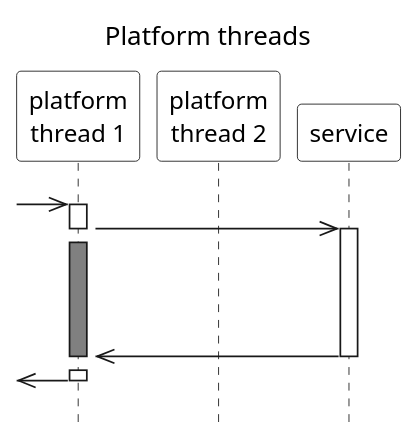
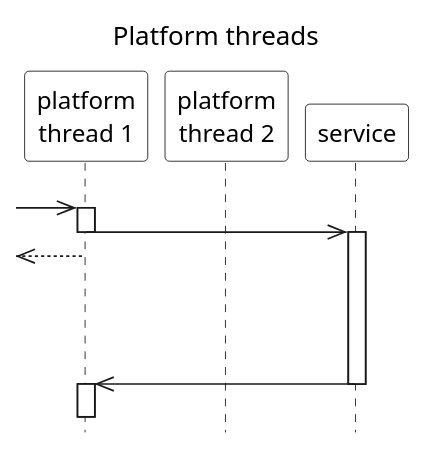
The diagram in images/platform_threads.puml (ti-cortex-m4/demo-java-virtual-threads2), drawn with PlantUML before and after one commit. The commit also changed 1 other file, not shown here.

```diff
--- a/images/platform_threads.puml
+++ b/images/platform_threads.puml
@@ -1,59 +1,59 @@
 @startuml
 
-!pragma teoz true
+'!pragma teoz true
 
 title Platform threads
 
 scale 1.1
 hide footbox
 skinparam monochrome true
 skinparam defaultFontName Source Sans Pro
 skinparam titleFontSize 15
 skinparam titleFontStyle normal
 skinparam sequenceMessageAlign left
 skinparam participantBackgroundColor #white
 skinparam noteBackgroundColor #white
 skinparam sequenceGroupBackgroundColor #white
 
 participant "platform\nthread 1" as PlatformThread1
 participant "platform\nthread 2" as PlatformThread2
 participant "service" as Service
 
 ||10||
 
-->> PlatformThread1
-activate PlatformThread1
-PlatformThread1->>Service
-activate Service
-deactivate PlatformThread1
-& <<-[hidden]- PlatformThread1
-activate PlatformThread1 #gray
+->> PlatformThread1 ++
+'activate PlatformThread1
+& PlatformThread1->>Service --++
+'activate Service
+'deactivate PlatformThread1
+& <<-- PlatformThread1
+'activate PlatformThread1 #gray
 
 '->> PlatformThread2
 'activate PlatformThread2
 'PlatformThread2->>Service
 'deactivate PlatformThread2
 '<-[hidden]- PlatformThread2
 'activate PlatformThread2 #gray
 
 ||60||
 
-Service->>PlatformThread1
-deactivate Service
-deactivate PlatformThread1
-& <<-[hidden]- PlatformThread1
-activate PlatformThread1
-<<- PlatformThread1
-deactivate PlatformThread1
+Service->>PlatformThread1 --++
+'deactivate Service
+'deactivate PlatformThread1
+'& <<-[hidden]- PlatformThread1
+'activate PlatformThread1
+'<<- PlatformThread1
+'deactivate PlatformThread1
 
 'Service->>PlatformThread2
 'deactivate Service
 'deactivate PlatformThread2
 '<-[hidden]- PlatformThread2
 'activate PlatformThread2
 '<<- PlatformThread2
 'deactivate PlatformThread2
 
 ||10||
 
 @enduml
```
